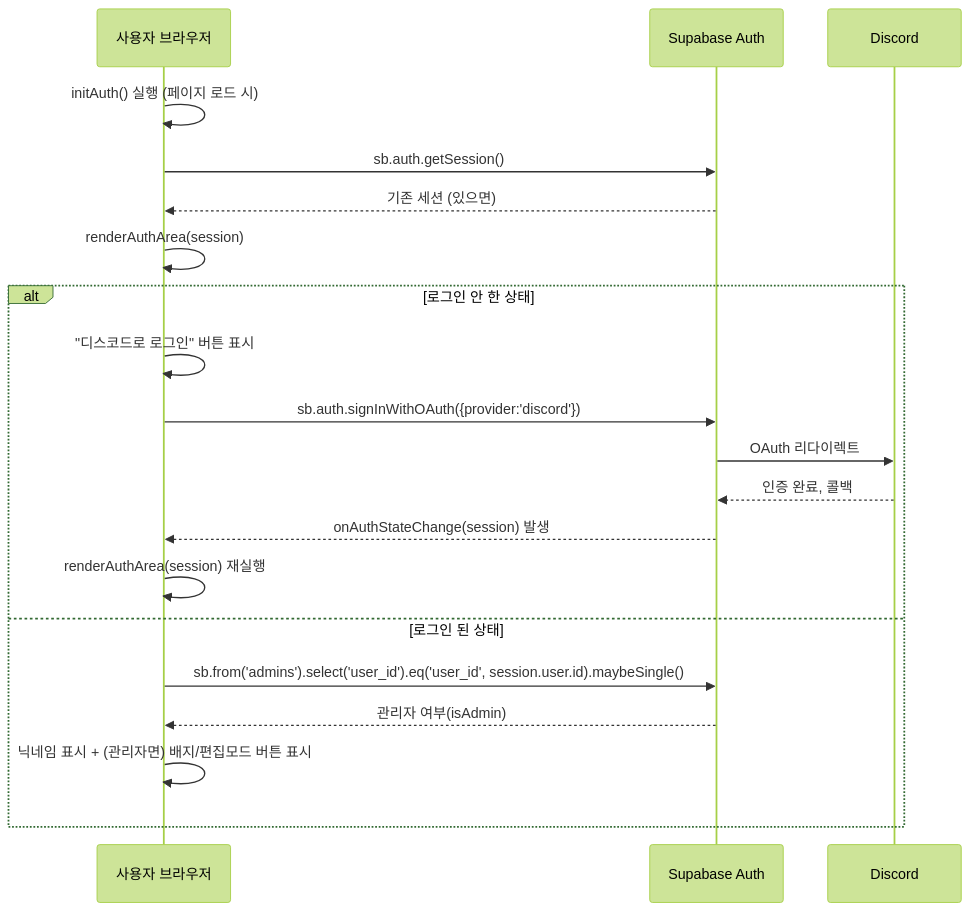
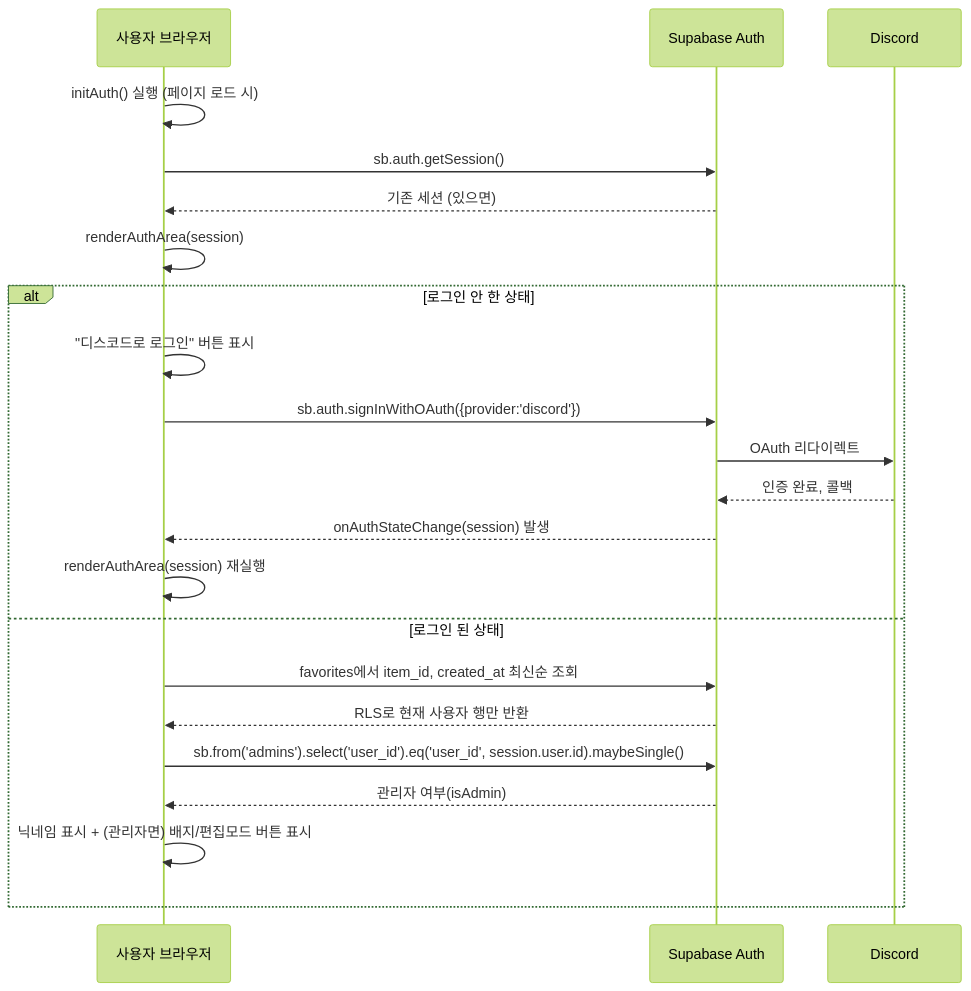
One commit to K-Hena/sudden-archive changed the diagram in docs/architecture/auth-flow.md. Above: the diagram before and after it, drawn with Mermaid (forest theme). The commit also changed other lines of this file and 9 other files, not shown here.

````diff
--- a/docs/architecture/auth-flow.md
+++ b/docs/architecture/auth-flow.md
@@ -9,24 +9,26 @@
 ```mermaid
 sequenceDiagram
     participant U as 사용자 브라우저
     participant S as Supabase Auth
     participant D as Discord
 
     U->>U: initAuth() 실행 (페이지 로드 시)
     U->>S: sb.auth.getSession()
     S-->>U: 기존 세션 (있으면)
     U->>U: renderAuthArea(session)
 
     alt 로그인 안 한 상태
         U->>U: "디스코드로 로그인" 버튼 표시
         U->>S: sb.auth.signInWithOAuth({provider:'discord'})
         S->>D: OAuth 리다이렉트
         D-->>S: 인증 완료, 콜백
         S-->>U: onAuthStateChange(session) 발생
         U->>U: renderAuthArea(session) 재실행
     else 로그인 된 상태
+        U->>S: favorites에서 item_id, created_at 최신순 조회
+        S-->>U: RLS로 현재 사용자 행만 반환
         U->>S: sb.from('admins').select('user_id').eq('user_id', session.user.id).maybeSingle()
         S-->>U: 관리자 여부(isAdmin)
         U->>U: 닉네임 표시 + (관리자면) 배지/편집모드 버튼 표시
     end
 ```
````
